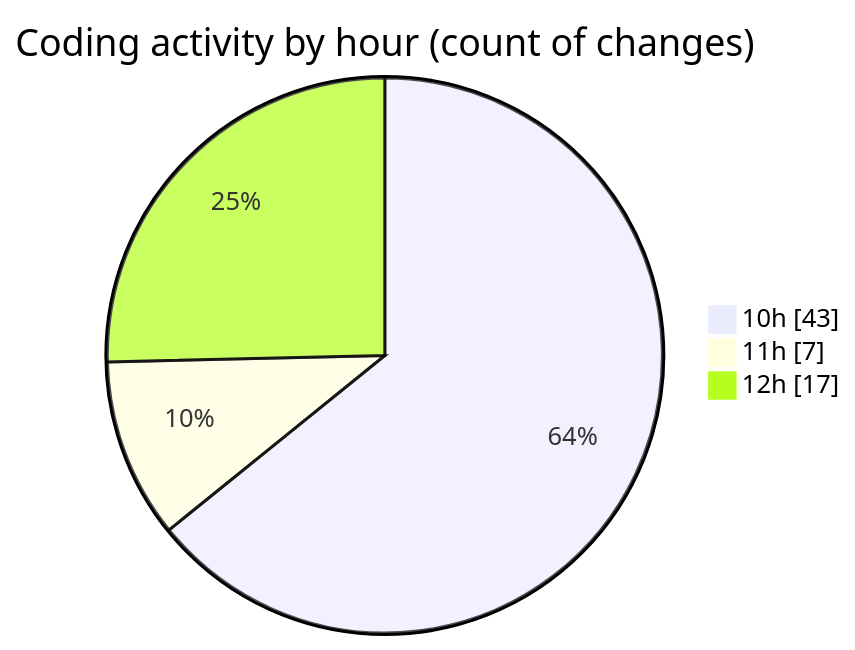
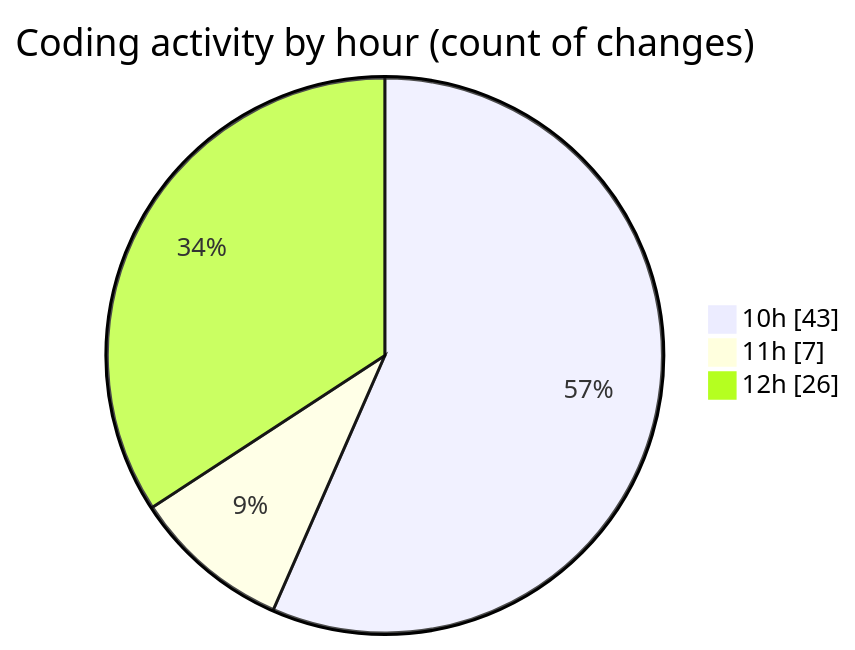
The second of 2 diagrams in 2025-10-29/cda/README.md (momahboobian/code-tracking), drawn with Mermaid before and after one commit. The commit also changed other lines of this file and 1 other file, not shown here.

````diff
--- a/2025-10-29/cda/README.md
+++ b/2025-10-29/cda/README.md
@@ -52,7 +52,7 @@
 ```mermaid
 pie showData
 title Coding activity by hour (count of changes)
 "10h" : 43
 "11h" : 7
-"12h" : 17
+"12h" : 26
 ```
````
